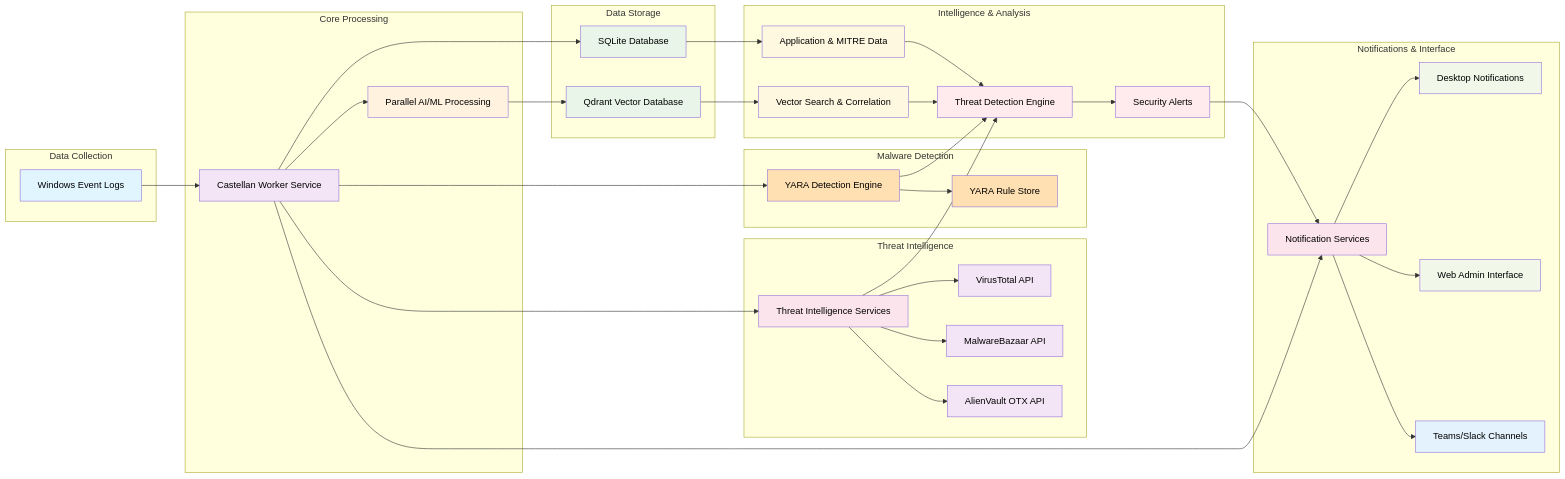
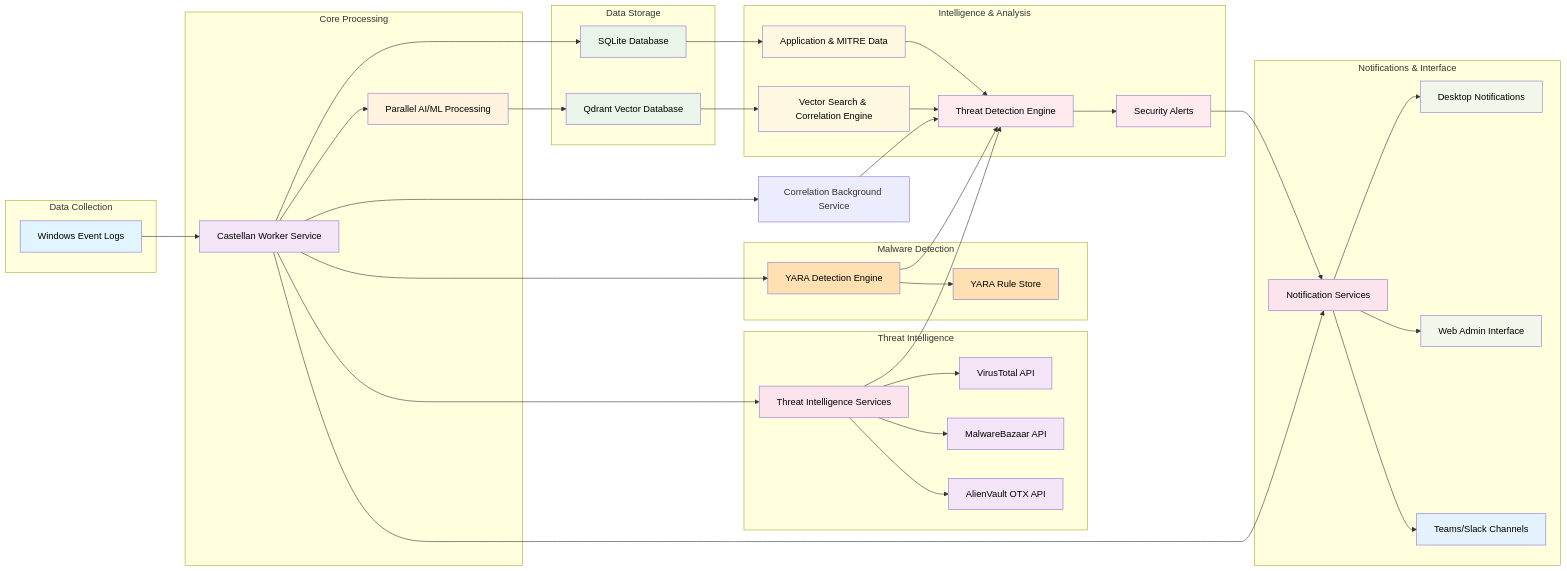
The first of 3 diagrams in docs/ARCHITECTURE.md (MLidstrom/Castellan), drawn with Mermaid before and after one commit. The commit also changed other lines of this file and 24 other files, not shown here.

First line of the commit message:
Complete correlation engine implementation with background intelligence and ML.NET integration

```diff
--- a/docs/ARCHITECTURE.md
+++ b/docs/ARCHITECTURE.md
@@ -34,7 +34,9 @@
     E --> F[Desktop Notifications]
     E --> G[Web Admin Interface]
     E --> M[Teams/Slack Channels]
-    D --> H[Vector Search & Correlation]
+    D --> H[Vector Search & Correlation Engine]
+    B --> U[Correlation Background Service]
+    U --> I
     K --> L[Application & MITRE Data]
     N --> I[Threat Detection Engine]
     R --> I
```
